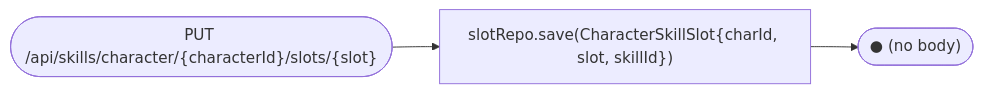
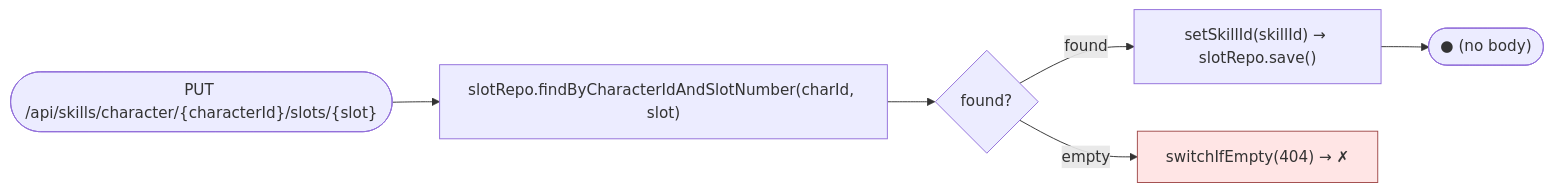
Before and after one commit to hugmesh/hugmesh-games: diagram 34 of 48 in README.md, drawn with Mermaid. The commit also changed other lines of this file, not shown here.

````diff
--- a/README.md
+++ b/README.md
@@ -823,4 +831,7 @@
 ```mermaid
 flowchart LR
-    R(["PUT /api/skills/character/{characterId}/slots/{slot}"]) --> S["slotRepo.save(CharacterSkillSlot{charId, slot, skillId})"] --> O(["● (no body)"])
+    R(["PUT /api/skills/character/{characterId}/slots/{slot}"]) --> F["slotRepo.findByCharacterIdAndSlotNumber(charId, slot)"] --> D{"found?"}
+    D -->|found| S["setSkillId(skillId) → slotRepo.save()"] --> O(["● (no body)"])
+    D -->|empty| NF["switchIfEmpty(404) → ✗"]:::err
+    classDef err fill:#ffe5e5,stroke:#a14a4a;
 ```
````
